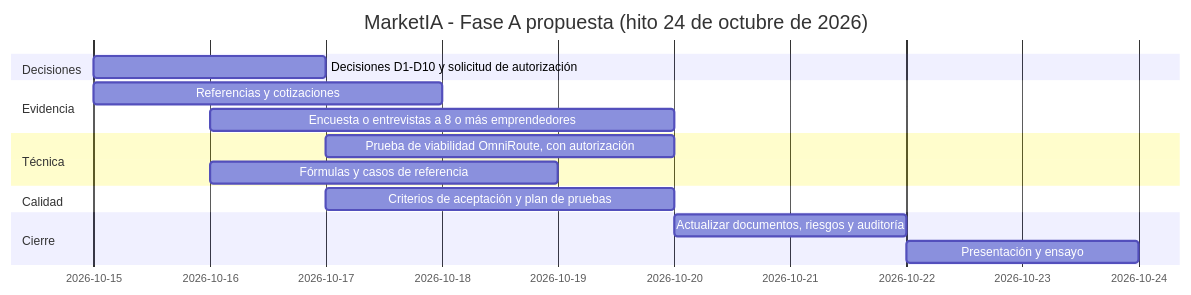
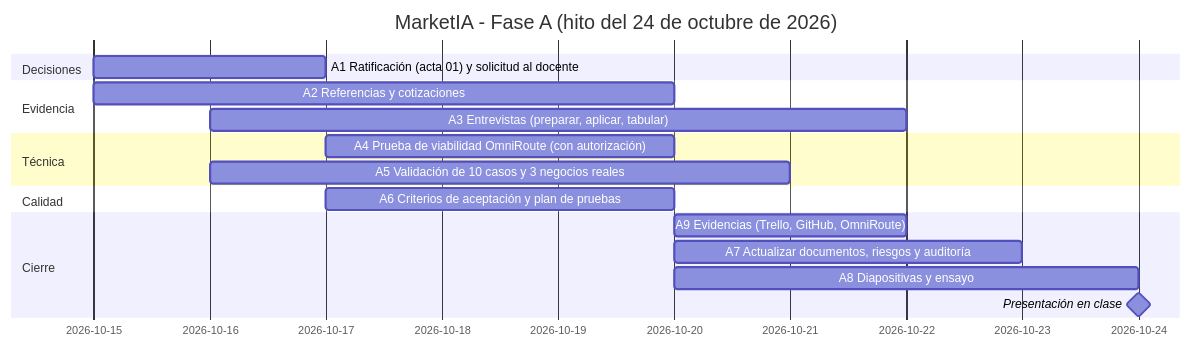
Before and after one commit to zapatanelsonzapata03-design/PEF1-2026-MARKETIA: the first of 2 diagrams in docs/04-planificacion/plan-desarrollo-y-riesgos.md, drawn with Mermaid. The commit also changed other lines of this file and 25 other files, not shown here.

````diff
--- a/docs/04-planificacion/plan-desarrollo-y-riesgos.md
+++ b/docs/04-planificacion/plan-desarrollo-y-riesgos.md
@@ -10,18 +22,20 @@
 ```mermaid
 gantt
     dateFormat YYYY-MM-DD
-    title MarketIA - Fase A propuesta (hito 24 de octubre de 2026)
+    title MarketIA - Fase A (hito del 24 de octubre de 2026)
     section Decisiones
-    Decisiones D1-D10 y solicitud de autorización :a1, 2026-10-15, 2d
+    A1 Ratificación (acta 01) y solicitud al docente :a1, 2026-10-15, 2d
     section Evidencia
-    Referencias y cotizaciones :a2, 2026-10-15, 3d
-    Encuesta o entrevistas a 8 o más emprendedores :a3, 2026-10-16, 4d
+    A2 Referencias y cotizaciones                    :a2, 2026-10-15, 5d
+    A3 Entrevistas (preparar, aplicar, tabular)      :a3, 2026-10-16, 6d
     section Técnica
-    Prueba de viabilidad OmniRoute, con autorización :a4, 2026-10-17, 3d
-    Fórmulas y casos de referencia :a5, 2026-10-16, 3d
+    A4 Prueba de viabilidad OmniRoute (con autorización) :a4, 2026-10-17, 3d
+    A5 Validación de 10 casos y 3 negocios reales    :a5, 2026-10-16, 5d
     section Calidad
-    Criterios de aceptación y plan de pruebas :a6, 2026-10-17, 3d
+    A6 Criterios de aceptación y plan de pruebas     :a6, 2026-10-17, 3d
     section Cierre
-    Actualizar documentos, riesgos y auditoría :a7, 2026-10-20, 2d
-    Presentación y ensayo :a8, 2026-10-22, 2d
+    A9 Evidencias (Trello, GitHub, OmniRoute)        :a9, 2026-10-20, 2d
+    A7 Actualizar documentos, riesgos y auditoría    :a7, 2026-10-20, 3d
+    A8 Diapositivas y ensayo                         :a8, 2026-10-20, 4d
+    Presentación en clase                            :milestone, 2026-10-24, 0d
 ```
````
